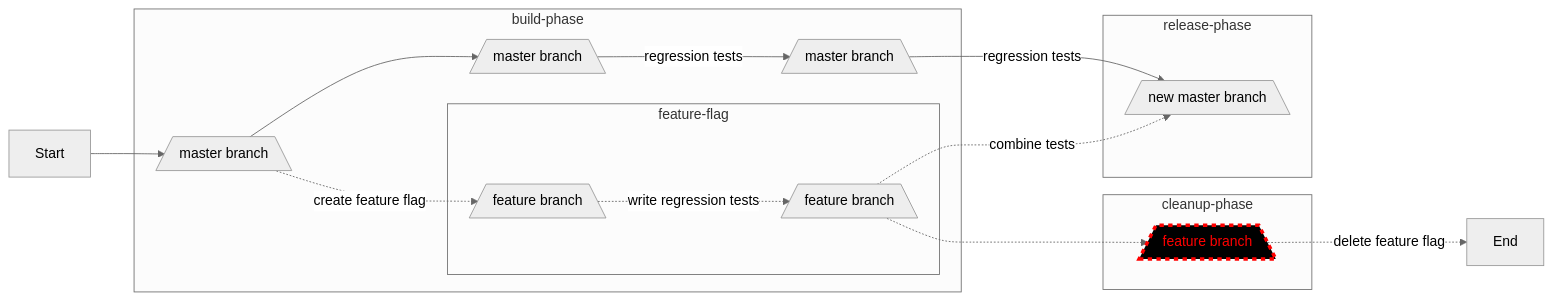
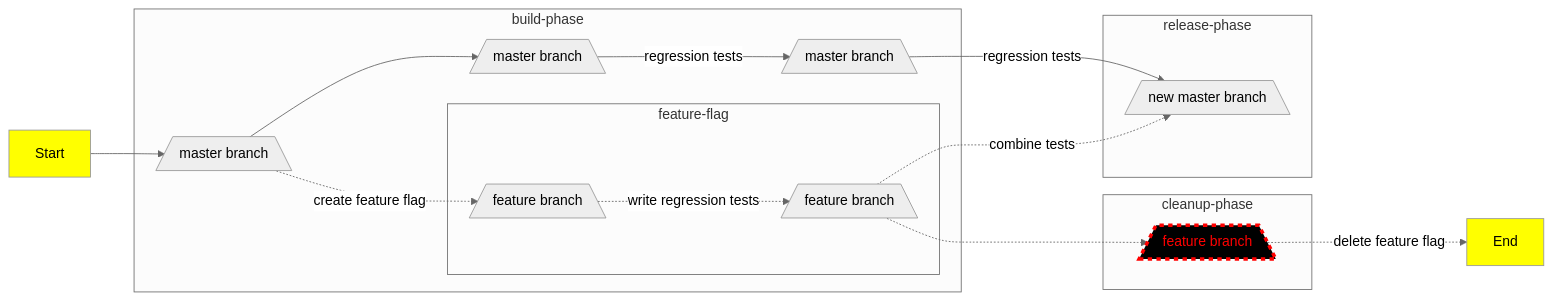
The diagram in diagrams/diagram1.mmd (jessicahirsch/Mermaid-Diagrams), drawn with Mermaid (neutral theme) before and after one commit.

Commit message:
feat: add yellow color to start and end

```diff
--- a/diagrams/diagram1.mmd
+++ b/diagrams/diagram1.mmd
@@ -1,39 +1,41 @@
 flowchart LR
 
 %% Each phase is one line of code to promote small batches
 %% Two lines of code means smaller batches called for
 
     Y[Start]-->A[/master branch\]
 
     subgraph build-phase
     A[/master branch\]-->AB[/master branch\]
 
     %% Begin top line build phase
     AB[/master branch\]--regression tests-->B[/master branch\]
 
     %% Feature branch is forked from master
     A[/master branch\]-.create feature flag.->C[/feature branch\]
 
     %% Feature developement begins behind flag
     subgraph feature-flag
     C[/feature branch\]-.write regression tests .->D[/feature branch\]
     D[/feature branch\]
     end feature-flag
     end build-phase
 
     subgraph release-phase
     B[/master branch\]--regression tests-->E[/new master branch\]
 
     %% Work is integrated
     D[/feature branch\]-.combine tests .->E[/new master branch\]
     end release-phase
 
     %% Post-experiment cleanup phase
     subgraph cleanup-phase
     D[/feature branch\]-.->F[/feature branch\]
     F[/feature branch\]
     end cleanup-phase
 
     F[/feature branch\]-.delete feature flag.->Z[End]
 
+    style Y fill:#ff0
+    style Z fill:#ff0
     style F fill:#000,stroke:#f00,stroke-width:4px,color:#f00,stroke-dasharray: 5 5
```
